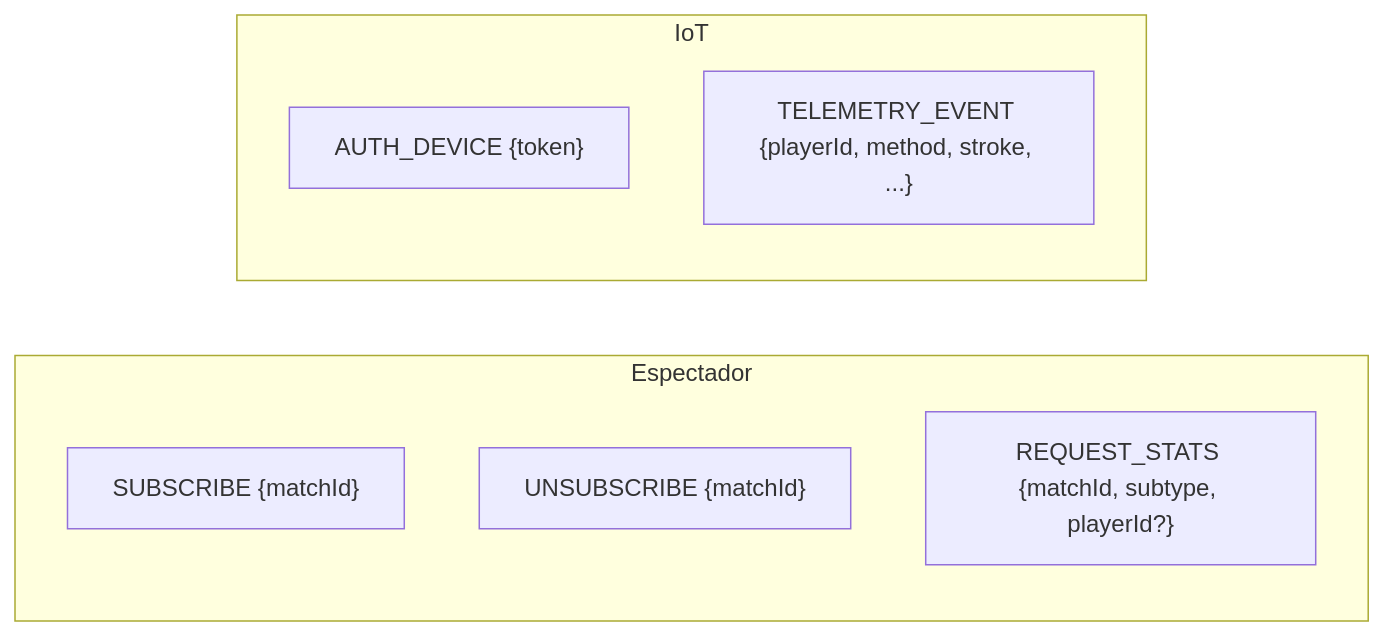
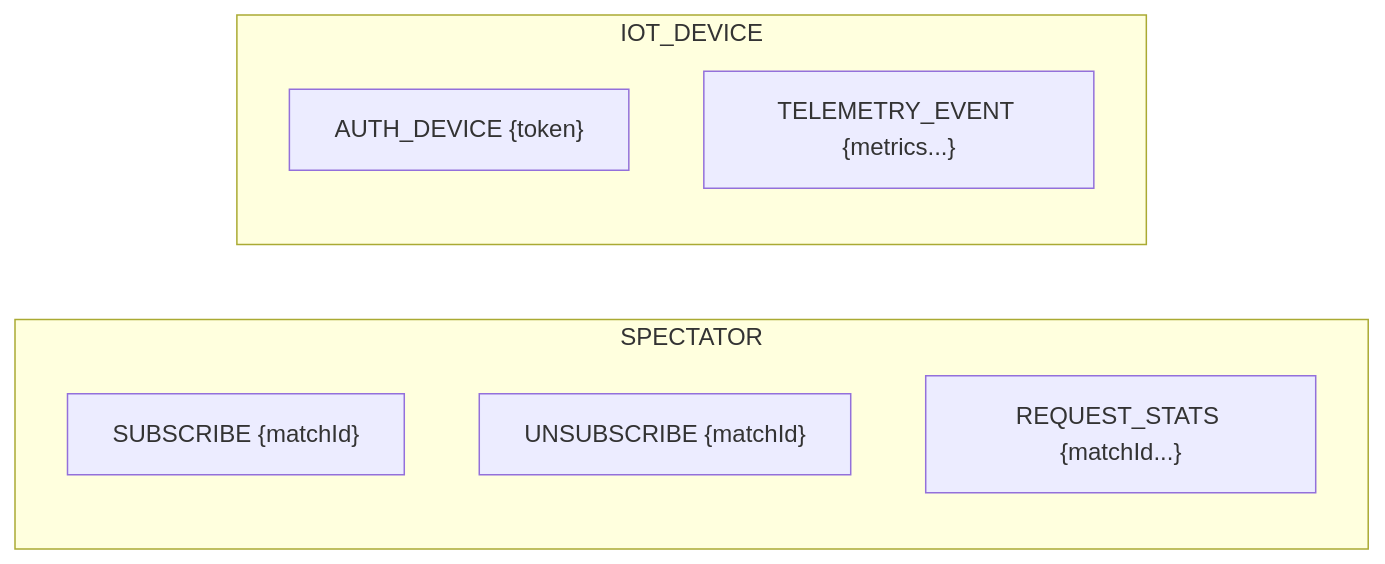
Before and after one commit to samuhlo-training/padel-counters: the second of 7 diagrams in docs/CURRENT_STATE_DOCS.md, drawn with Mermaid. The commit also changed other lines of this file and 21 other files, not shown here.

````diff
--- a/docs/CURRENT_STATE_DOCS.md
+++ b/docs/CURRENT_STATE_DOCS.md
@@ -96,13 +88,13 @@
 ```mermaid
 flowchart LR
-    subgraph Espectador
+    subgraph SPECTATOR
         SUB["SUBSCRIBE {matchId}"]
         UNSUB["UNSUBSCRIBE {matchId}"]
-        STATS["REQUEST_STATS {matchId, subtype, playerId?}"]
+        STATS["REQUEST_STATS {matchId...}"]
     end
 
-    subgraph IoT
+    subgraph IOT_DEVICE
         AUTH["AUTH_DEVICE {token}"]
-        TELEM["TELEMETRY_EVENT {playerId, method, stroke, ...}"]
+        TELEM["TELEMETRY_EVENT {metrics...}"]
     end
 ```
````
